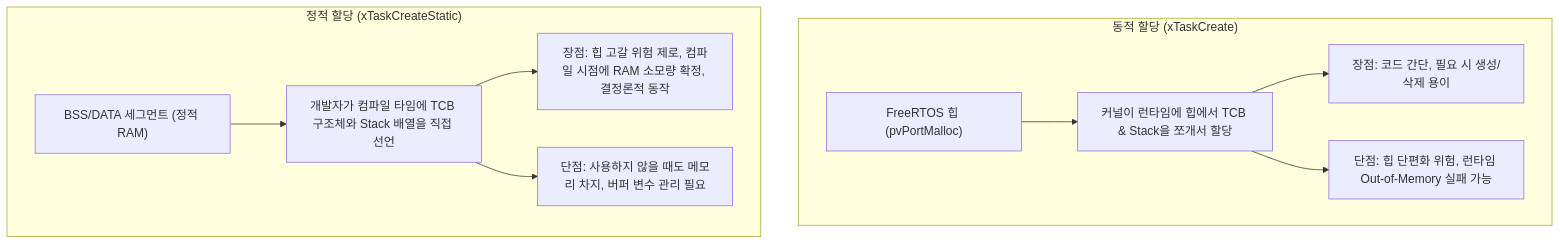
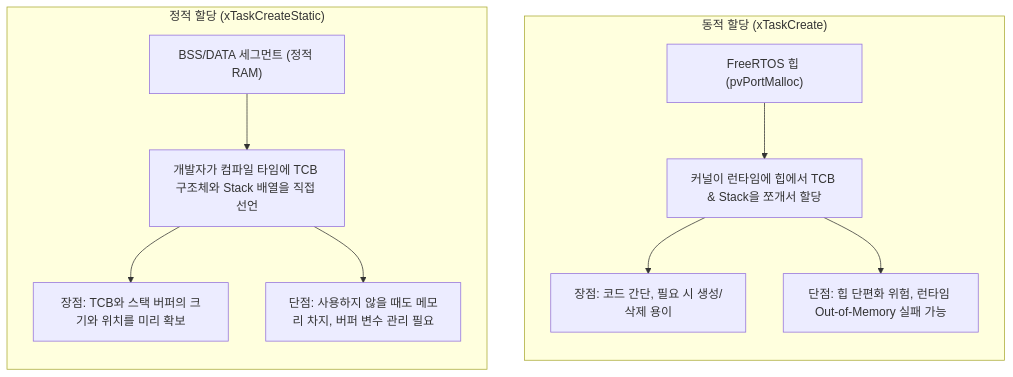
Before and after one commit to yunju-baek/FreeRTOS-Tutorials-ko: the first of 2 diagrams in ko/guides/tutorial_3.md, drawn with Mermaid. The commit also changed other lines of this file and 37 other files, not shown here.

````diff
--- a/ko/guides/tutorial_3.md
+++ b/ko/guides/tutorial_3.md
@@ -41,14 +43,16 @@
 ```mermaid
 flowchart TD
     subgraph Dynamic["동적 할당 (xTaskCreate)"]
+        direction TB
         D1["FreeRTOS 힙 (pvPortMalloc)"] --> D2["커널이 런타임에 힙에서 TCB & Stack을 쪼개서 할당"]
         D2 --> D3["장점: 코드 간단, 필요 시 생성/삭제 용이"]
         D2 --> D4["단점: 힙 단편화 위험, 런타임 Out-of-Memory 실패 가능"]
     end
 
     subgraph Static["정적 할당 (xTaskCreateStatic)"]
+        direction TB
         S1["BSS/DATA 세그먼트 (정적 RAM)"] --> S2["개발자가 컴파일 타임에 TCB 구조체와 Stack 배열을 직접 선언"]
-        S2 --> S3["장점: 힙 고갈 위험 제로, 컴파일 시점에 RAM 소모량 확정, 결정론적 동작"]
+        S2 --> S3["장점: TCB와 스택 버퍼의 크기와 위치를 미리 확보"]
         S2 --> S4["단점: 사용하지 않을 때도 메모리 차지, 버퍼 변수 관리 필요"]
     end
 ```
````
